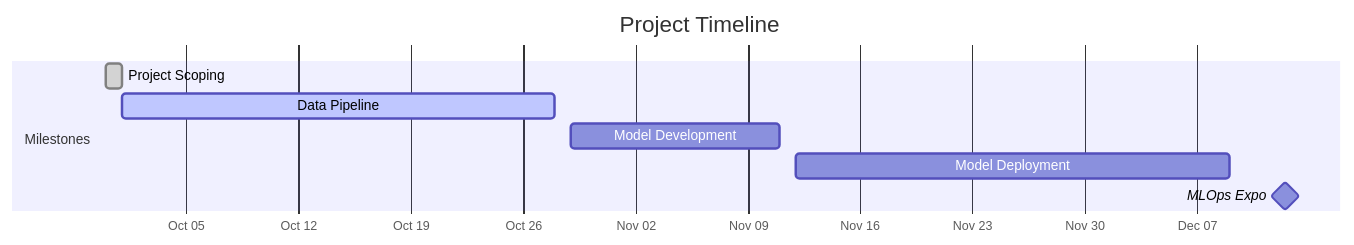
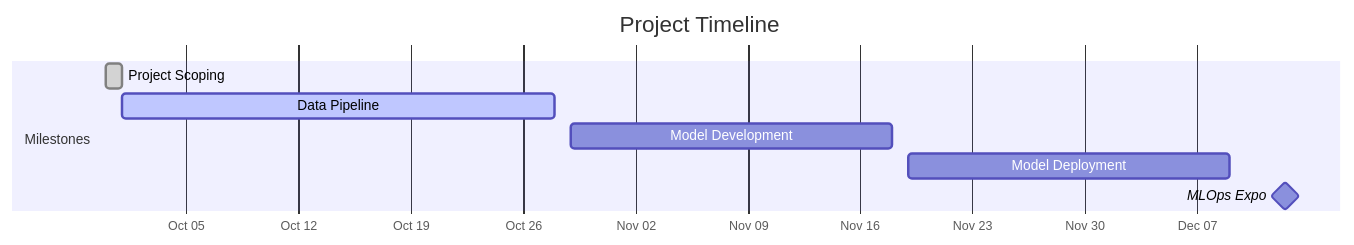
One commit to PranavViswanathan/Optimizing-Bluebikes-Operations-with-Machine-Learning-Based-Demand-Prediction changed the diagram in README.md. Above: the diagram before and after it, drawn with Mermaid.

Commit message:
Update milestone dates

````diff
--- a/README.md
+++ b/README.md
@@ -110,13 +110,13 @@
 ```mermaid
     gantt
         title Project Timeline
         dateFormat  YYYY-MM-DD
         axisFormat  %b %d
     
         section Milestones
         Project Scoping          :done,    ms1, 2025-09-30, 1d
         Data Pipeline            :active,  ms2, 2025-10-01, 2025-10-28
-        Model Development        :         ms3, 2025-10-29, 2025-11-11
-        Model Deployment         :         ms4, 2025-11-12, 2025-12-09
+        Model Development        :         ms3, 2025-10-29, 2025-11-18
+        Model Deployment         :         ms4, 2025-11-19, 2025-12-09
         MLOps Expo               :milestone, ms5, 2025-12-12, 1d
 ```
````
